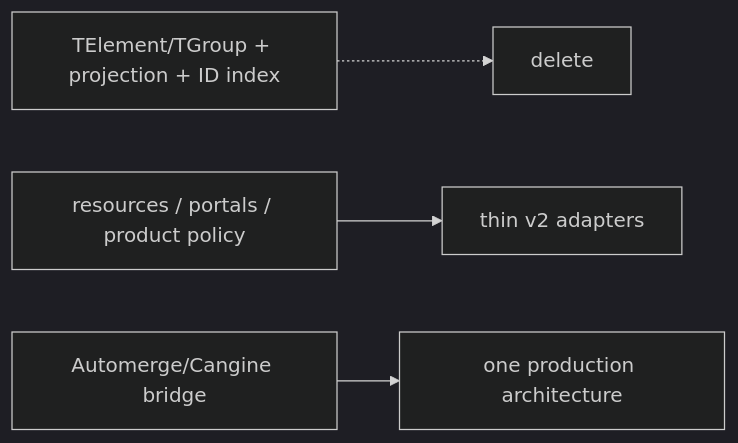
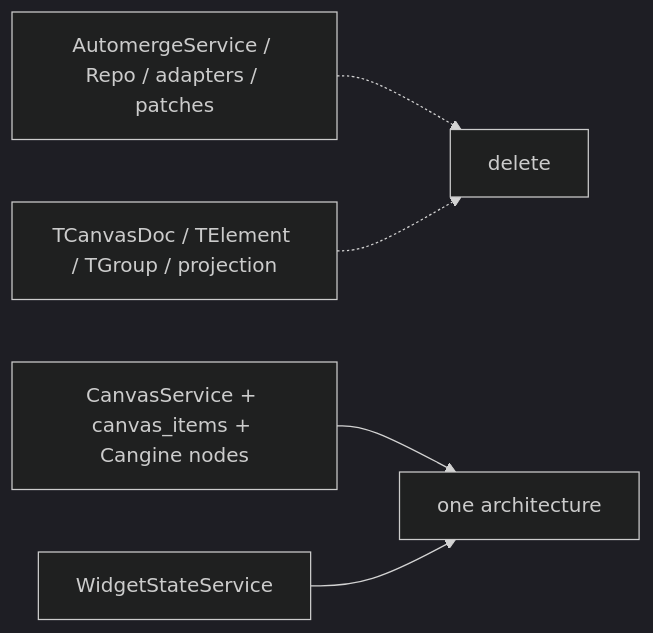
One commit to omnidraw/omnidraw changed the diagram in tasks/s/S116.md. Above: the diagram before and after it, drawn with Mermaid (dark theme). The commit also changed other lines of this file and 10 other files, not shown here.

````diff
--- a/tasks/s/S116.md
+++ b/tasks/s/S116.md
@@ -20,6 +25,7 @@
 ```mermaid
 flowchart LR
-  Old["TElement/TGroup + projection + ID index"] -.-> Delete["delete"]
-  Keep["resources / portals / product policy"] --> Thin["thin v2 adapters"]
-  Bridge["Automerge/Cangine bridge"] --> Final["one production architecture"]
+  Auto["AutomergeService / Repo / adapters / patches"] -.-> Delete["delete"]
+  Legacy["TCanvasDoc / TElement / TGroup / projection"] -.-> Delete
+  Keep["CanvasService + canvas_items + Cangine nodes"] --> Final["one architecture"]
+  KeepWidget["WidgetStateService"] --> Final
 ```
````
